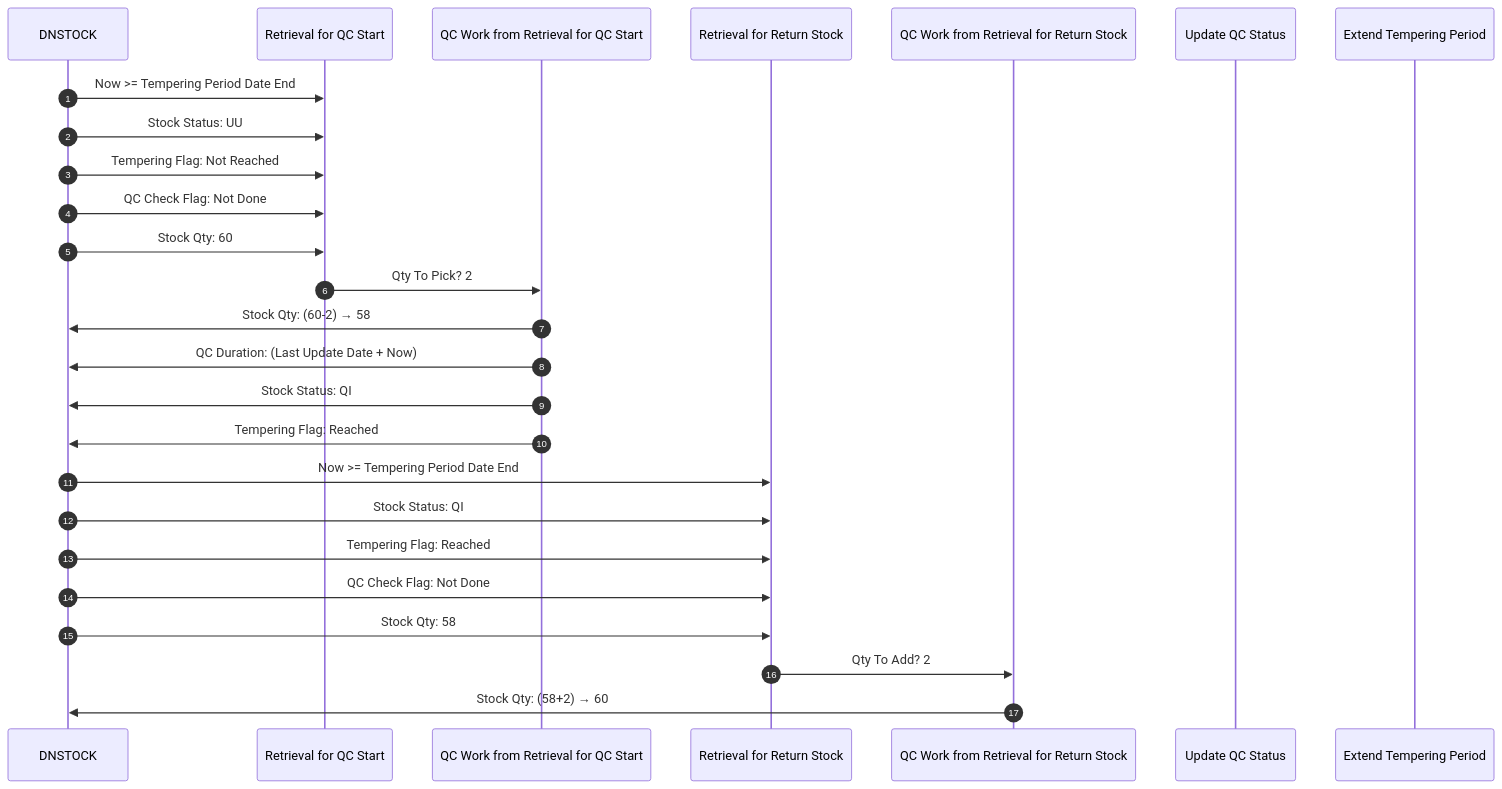
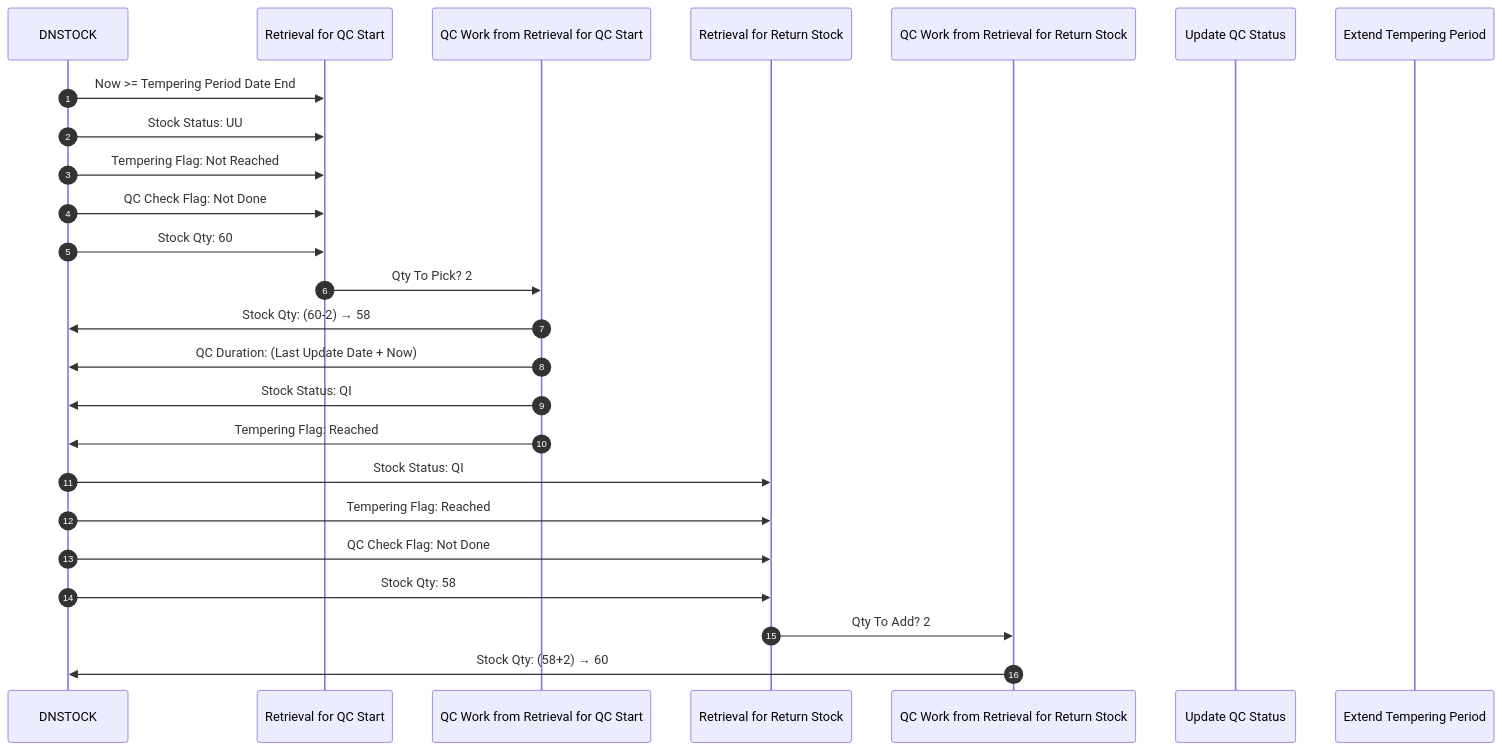
Before and after one commit to luthfiadityaa/SimeDarby-Wiki: the diagram in Basic-Design/DFD-WMS/Retrieval/QC-Setting.md, drawn with Mermaid.

Commit message:
Updated QC Setting

```diff
--- a/Basic-Design/DFD-WMS/Retrieval/QC-Setting.md
+++ b/Basic-Design/DFD-WMS/Retrieval/QC-Setting.md
@@ -11,42 +11,41 @@
 ::: mermaid
 sequenceDiagram
     autonumber
 
     participant DNSTOCK
     participant Retrieval for QC Start
     participant QC Work from Retrieval for QC Start
     participant Retrieval for Return Stock
     participant QC Work from Retrieval for Return Stock
     participant Update QC Status
     participant Extend Tempering Period
 
     %% --- 1. DNSTOCK ---
     DNSTOCK ->> Retrieval for QC Start: Now >= Tempering Period Date End
     DNSTOCK ->> Retrieval for QC Start: Stock Status: UU  
     DNSTOCK ->> Retrieval for QC Start: Tempering Flag: Not Reached 
     DNSTOCK ->> Retrieval for QC Start: QC Check Flag: Not Done
     DNSTOCK ->> Retrieval for QC Start: Stock Qty: 60
 
     %% --- 2. Retrieval for QC Start ---
     Retrieval for QC Start ->> QC Work from Retrieval for QC Start: Qty To Pick?  2
 
     %% --- 3. QC Work from Retrieval for QC Start ---
     QC Work from Retrieval for QC Start ->> DNSTOCK: Stock Qty: (60-2) → 58
     QC Work from Retrieval for QC Start ->> DNSTOCK: QC Duration: (Last Update Date + Now)
     QC Work from Retrieval for QC Start ->> DNSTOCK: Stock Status: QI
     QC Work from Retrieval for QC Start ->> DNSTOCK: Tempering Flag: Reached
 
     %% --- 4. Retrieval for Return Stock ---
-    DNSTOCK ->> Retrieval for Return Stock: Now >= Tempering Period Date End
     DNSTOCK ->> Retrieval for Return Stock: Stock Status: QI  
     DNSTOCK ->> Retrieval for Return Stock: Tempering Flag: Reached 
     DNSTOCK ->> Retrieval for Return Stock: QC Check Flag: Not Done
     DNSTOCK ->> Retrieval for Return Stock: Stock Qty: 58
 
     Retrieval for Return Stock ->> QC Work from Retrieval for Return Stock: Qty To Add?  2
 
     %% --- 5. QC Work from Retrieval for Return Stock ---
     QC Work from Retrieval for Return Stock ->> DNSTOCK: Stock Qty: (58+2) → 60
 
     %% --- 6. Update QC Status ---
 :::
```
